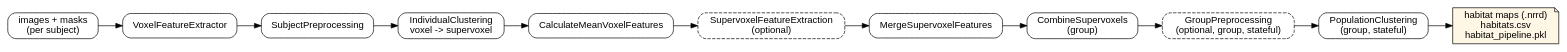
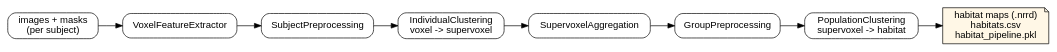
The third of 4 diagrams in docs/source/development/architecture.rst (lichao312214129/HABIT), drawn with Graphviz before and after one commit. The commit also changed other lines of this file and 40 other files, not shown here.

```diff
--- a/docs/source/development/architecture.rst
+++ b/docs/source/development/architecture.rst
@@ -516,21 +362,18 @@
 .. graphviz::
 
    digraph fit_flow {
        rankdir=LR;
        node [shape=box, style=rounded, fontname="Helvetica"];
 
        Imgs [label="images + masks\n(per subject)"];
        VF [label="VoxelFeatureExtractor"];
        SP [label="SubjectPreprocessing"];
        IC [label="IndividualClustering\nvoxel -> supervoxel"];
-       MVF [label="CalculateMeanVoxelFeatures"];
-       SF [label="SupervoxelFeatureExtraction\n(optional)", style="dashed,rounded"];
-       MS [label="MergeSupervoxelFeatures"];
-       CS [label="CombineSupervoxels\n(group)"];
-       GP [label="GroupPreprocessing\n(optional, group, stateful)", style="dashed,rounded"];
-       PC [label="PopulationClustering\n(group, stateful)"];
+       SA [label="SupervoxelAggregation"];
+       GP [label="GroupPreprocessing"];
+       PC [label="PopulationClustering\nsupervoxel -> habitat"];
        Out [label="habitat maps (.nrrd)\nhabitats.csv\nhabitat_pipeline.pkl",
             shape=note, fillcolor="#fff7e6", style="filled,rounded"];
 
-       Imgs -> VF -> SP -> IC -> MVF -> SF -> MS -> CS -> GP -> PC -> Out;
+       Imgs -> VF -> SP -> IC -> SA -> GP -> PC -> Out;
    }
```
